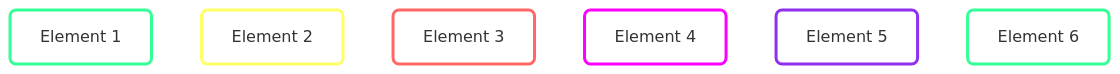
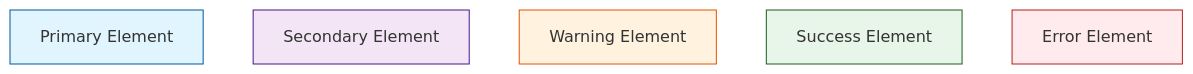
One commit to catface996/powers changed the ninth of 9 diagrams in requirements-analyst/steering/helper-diagram-standards.md. Above: the diagram before and after it, drawn with Mermaid. The commit also changed other lines of this file, not shown here.

First line of the commit message:
revert(requirements-analyst): remove custom color rules from diagram standards

````diff
--- a/requirements-analyst/steering/helper-diagram-standards.md
+++ b/requirements-analyst/steering/helper-diagram-standards.md
@@ -559,18 +505,14 @@
 ```mermaid
-%%{init: {'theme': 'base', 'themeVariables': { 'background': '#000066' }}}%%
 graph TD
-    A[Element 1]
-    B[Element 2]
-    C[Element 3]
-    D[Element 4]
-    E[Element 5]
-    F[Element 6]
+    A[Primary Element]
+    B[Secondary Element]
+    C[Warning Element]
+    D[Success Element]
+    E[Error Element]
 
-    %% Cyclic color assignment for same-level nodes
-    style A fill:none,stroke:#32FF96,stroke-width:3px,rx:6
-    style B fill:none,stroke:#FFFF66,stroke-width:3px,rx:6
-    style C fill:none,stroke:#FF6666,stroke-width:3px,rx:6
-    style D fill:none,stroke:#FB00FF,stroke-width:3px,rx:6
-    style E fill:none,stroke:#902FF0,stroke-width:3px,rx:6
-    style F fill:none,stroke:#32FF96,stroke-width:3px,rx:6
+    style A fill:#e1f5fe,stroke:#01579b
+    style B fill:#f3e5f5,stroke:#4a148c
+    style C fill:#fff3e0,stroke:#e65100
+    style D fill:#e8f5e9,stroke:#1b5e20
+    style E fill:#ffebee,stroke:#b71c1c
 ```
````
